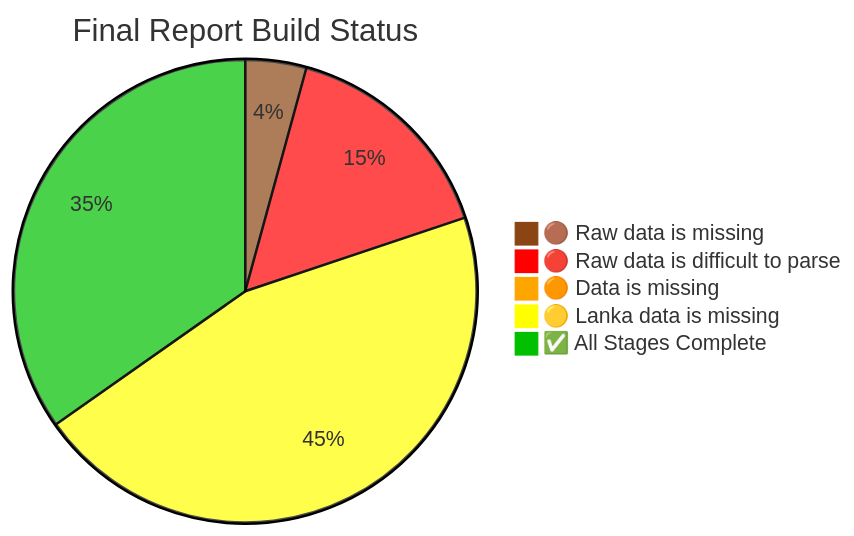
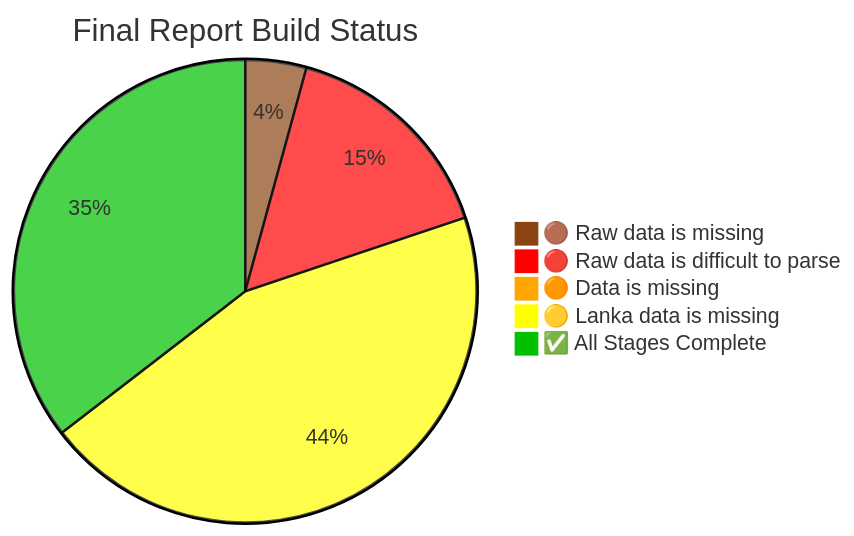
Before and after one commit to nuuuwan/lk_census_2024: the diagram in README.md, drawn with Mermaid. The commit also changed other lines of this file and 4 other files, not shown here.

````diff
--- a/README.md
+++ b/README.md
@@ -220,9 +220,9 @@
 ```mermaid
 %%{init: {"theme": "base", "themeVariables": {"pie1": "#8B4513", "pie2": "#FF0000", "pie3": "#FFA500", "pie4": "#FFFF00", "pie5": "#00c000"}}}%%
 pie title Final Report Build Status
 "🟤 Raw data is missing" : 6
     "🔴 Raw data is difficult to parse" : 22
     "🟠 Data is missing" : 1
-    "🟡 Lanka data is missing" : 64
-    "✅ All Stages Complete" : 49
+    "🟡 Lanka data is missing" : 63
+    "✅ All Stages Complete" : 50
 ```
````
